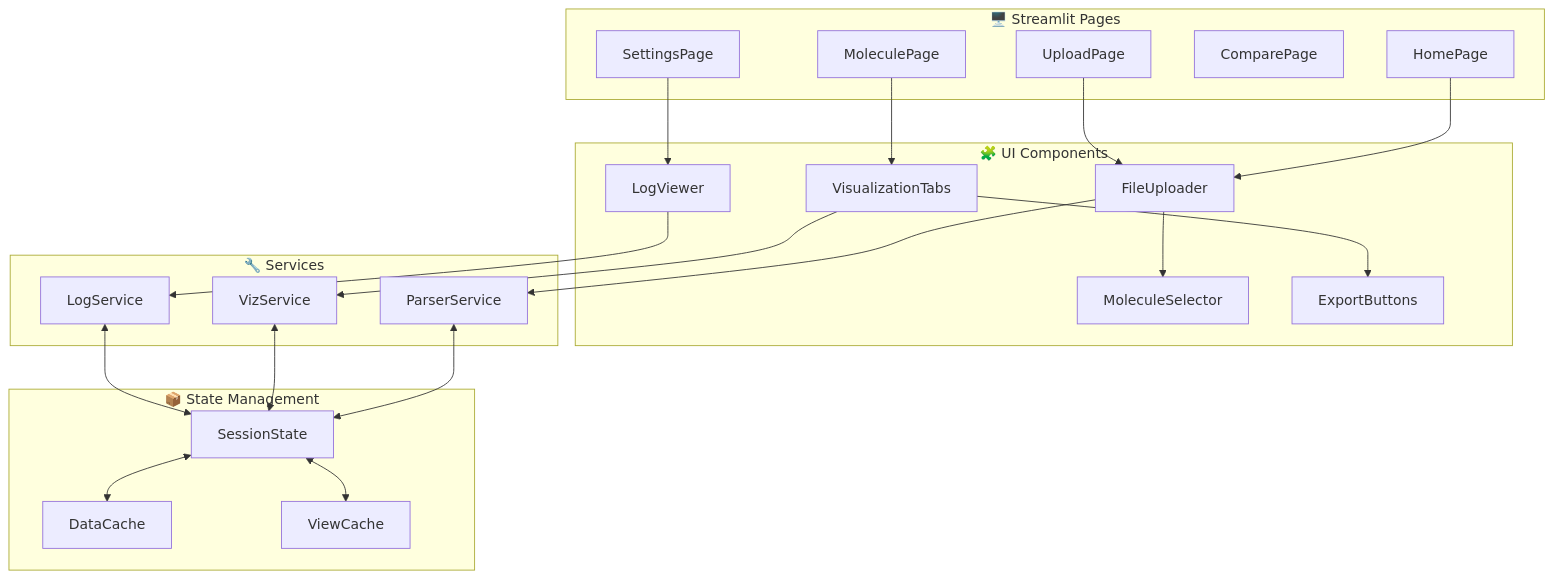
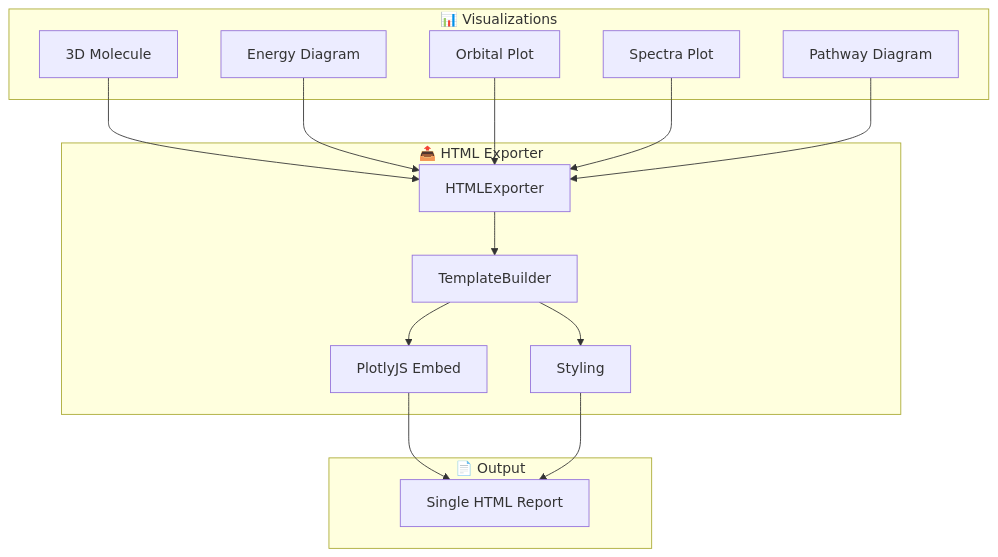
Before and after one commit to jauharmz/Orca_Files: the fourth of 4 diagrams in README.md, drawn with Mermaid. The commit also changed other lines of this file, not shown here.

Commit message:
docs: Update README to reflect new project features, revised architecture, and detailed component diagrams.

````diff
--- a/README.md
+++ b/README.md
@@ -183,42 +151,25 @@
 ```mermaid
 graph TB
-    subgraph "🖥️ Streamlit Pages"
-        HP[HomePage]
-        UP[UploadPage]
-        MP[MoleculePage]
-        CP[ComparePage]
-        SP[SettingsPage]
+    subgraph "📊 Visualizations"
+        V1[3D Molecule]
+        V2[Energy Diagram]
+        V3[Orbital Plot]
+        V4[Spectra Plot]
+        V5[Pathway Diagram]
     end
     
-    subgraph "🧩 UI Components"
-        FU[FileUploader]
-        MS[MoleculeSelector]
-        VT[VisualizationTabs]
-        EX[ExportButtons]
-        LG[LogViewer]
+    subgraph "📤 HTML Exporter"
+        HE[HTMLExporter]
+        TB[TemplateBuilder]
+        JS[PlotlyJS Embed]
+        CSS[Styling]
     end
     
-    subgraph "📦 State Management"
-        SS[SessionState]
-        DC[DataCache]
-        VC[ViewCache]
+    subgraph "📄 Output"
+        HTML[Single HTML Report]
     end
     
-    subgraph "🔧 Services"
-        PS[ParserService]
-        VS[VizService]
-        LS[LogService]
-    end
-    
-    HP --> FU
-    UP --> FU --> MS
-    MP --> VT --> EX
-    SP --> LG
-    
-    FU --> PS
-    VT --> VS
-    LG --> LS
-    
-    PS & VS & LS <--> SS
-    SS <--> DC & VC
+    V1 & V2 & V3 & V4 & V5 --> HE
+    HE --> TB --> JS & CSS
+    JS & CSS --> HTML
 ```
````
